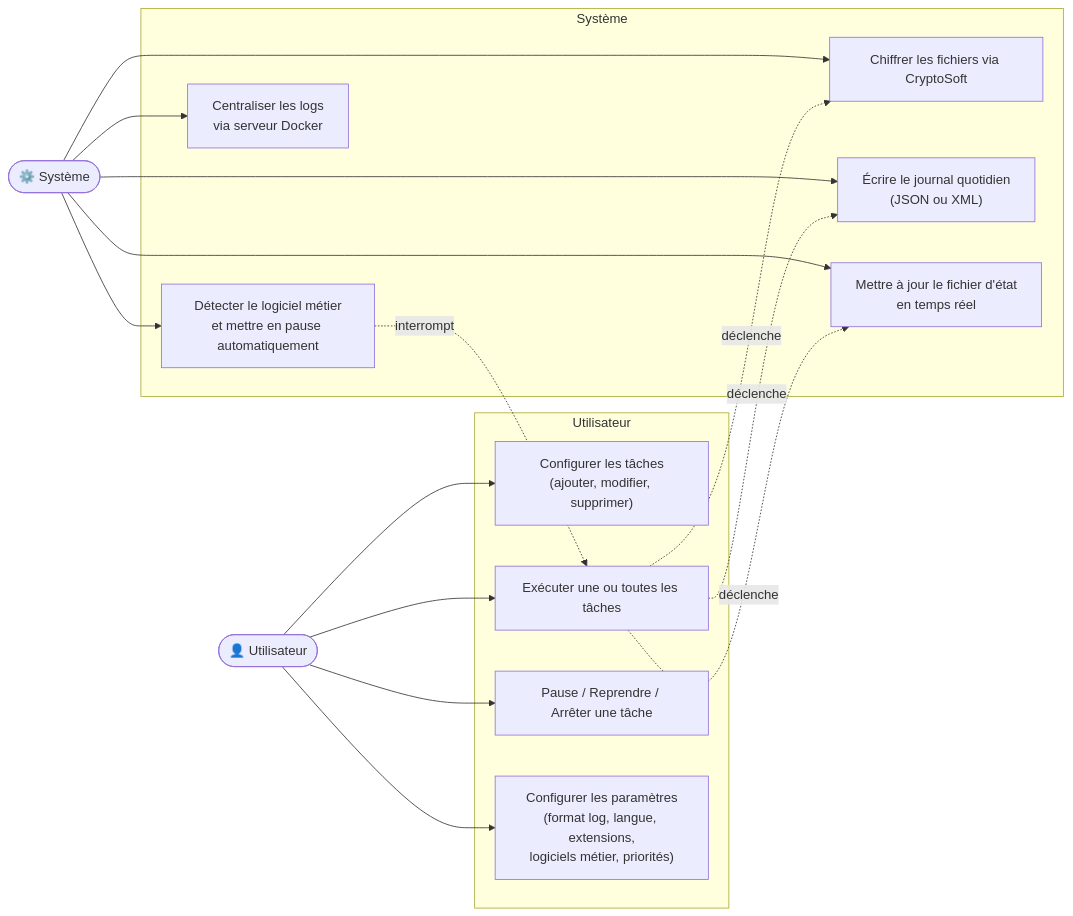
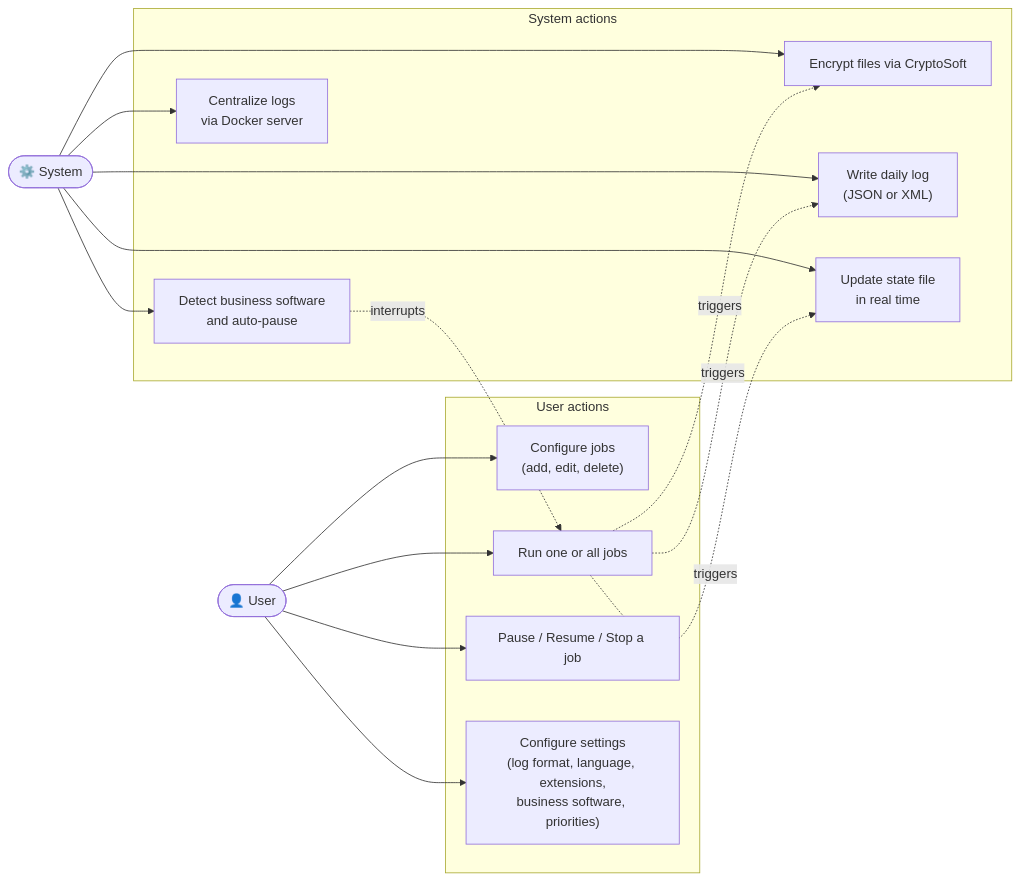
Before and after one commit to Low8/EasySave: the second of 4 diagrams in docs/release-v3.0.md, drawn with Mermaid. The commit also changed other lines of this file, not shown here.

````diff
--- a/docs/release-v3.0.md
+++ b/docs/release-v3.0.md
@@ -461,34 +461,34 @@
 ```mermaid
 graph LR
-    User(["👤 Utilisateur"])
-    Sys(["⚙️ Système"])
+    User(["👤 User"])
+    Sys(["⚙️ System"])
 
-    subgraph Utilisateur
-        UC1["Configurer les tâches\n(ajouter, modifier, supprimer)"]
-        UC2["Exécuter une ou toutes les tâches"]
-        UC3["Pause / Reprendre / Arrêter une tâche"]
-        UC4["Configurer les paramètres\n(format log, langue, extensions,\nlogiciels métier, priorités)"]
+    subgraph User actions
+        UC1["Configure jobs\n(add, edit, delete)"]
+        UC2["Run one or all jobs"]
+        UC3["Pause / Resume / Stop a job"]
+        UC4["Configure settings\n(log format, language, extensions,\nbusiness software, priorities)"]
     end
 
-    subgraph Système
-        UC5["Détecter le logiciel métier\net mettre en pause automatiquement"]
-        UC6["Chiffrer les fichiers via CryptoSoft"]
-        UC7["Écrire le journal quotidien\n(JSON ou XML)"]
-        UC8["Mettre à jour le fichier d'état\nen temps réel"]
-        UC9["Centraliser les logs\nvia serveur Docker"]
+    subgraph System actions
+        UC5["Detect business software\nand auto-pause"]
+        UC6["Encrypt files via CryptoSoft"]
+        UC7["Write daily log\n(JSON or XML)"]
+        UC8["Update state file\nin real time"]
+        UC9["Centralize logs\nvia Docker server"]
     end
 
     User --> UC1
     User --> UC2
     User --> UC3
     User --> UC4
     Sys --> UC5
     Sys --> UC6
     Sys --> UC7
     Sys --> UC8
     Sys --> UC9
-    UC2 -.->|déclenche| UC6
-    UC2 -.->|déclenche| UC7
-    UC2 -.->|déclenche| UC8
-    UC5 -.->|interrompt| UC2
+    UC2 -.->|triggers| UC6
+    UC2 -.->|triggers| UC7
+    UC2 -.->|triggers| UC8
+    UC5 -.->|interrupts| UC2
 ```
````
